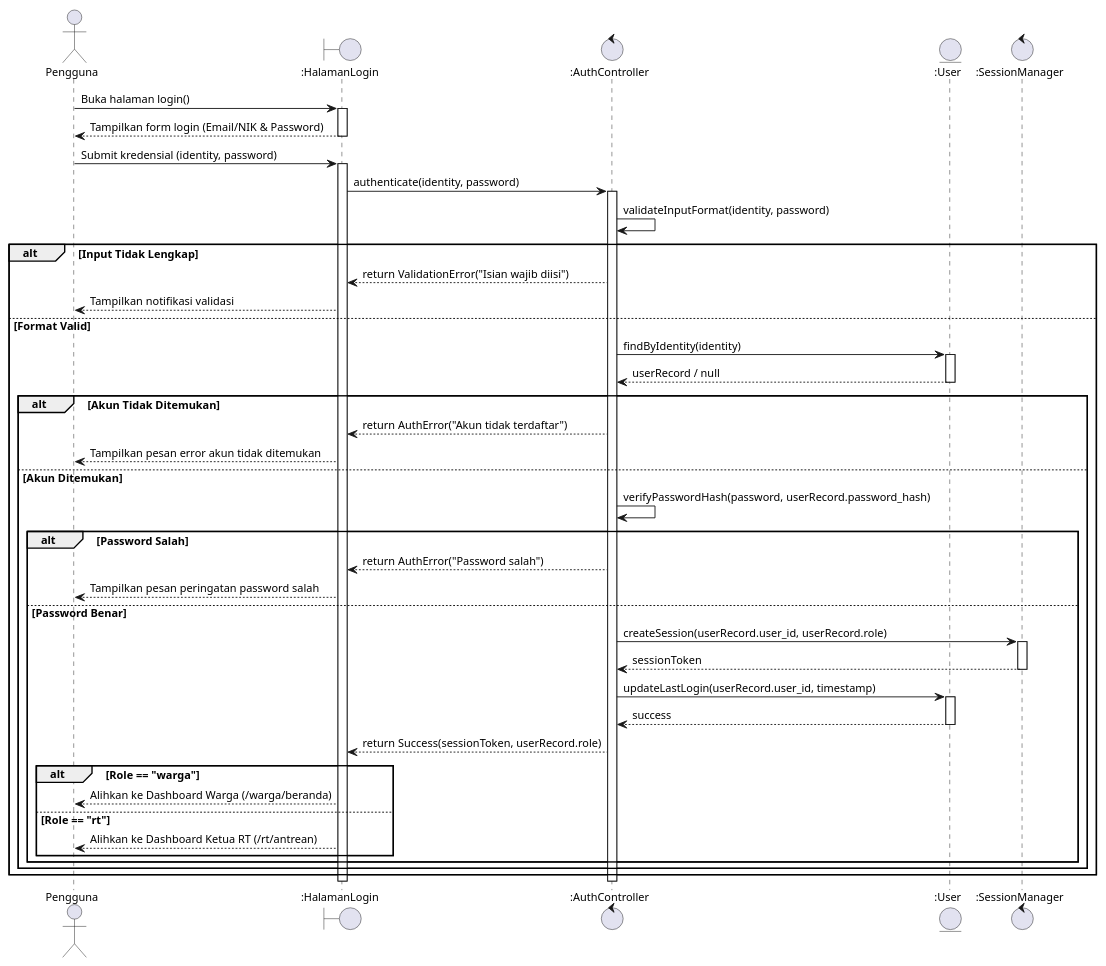
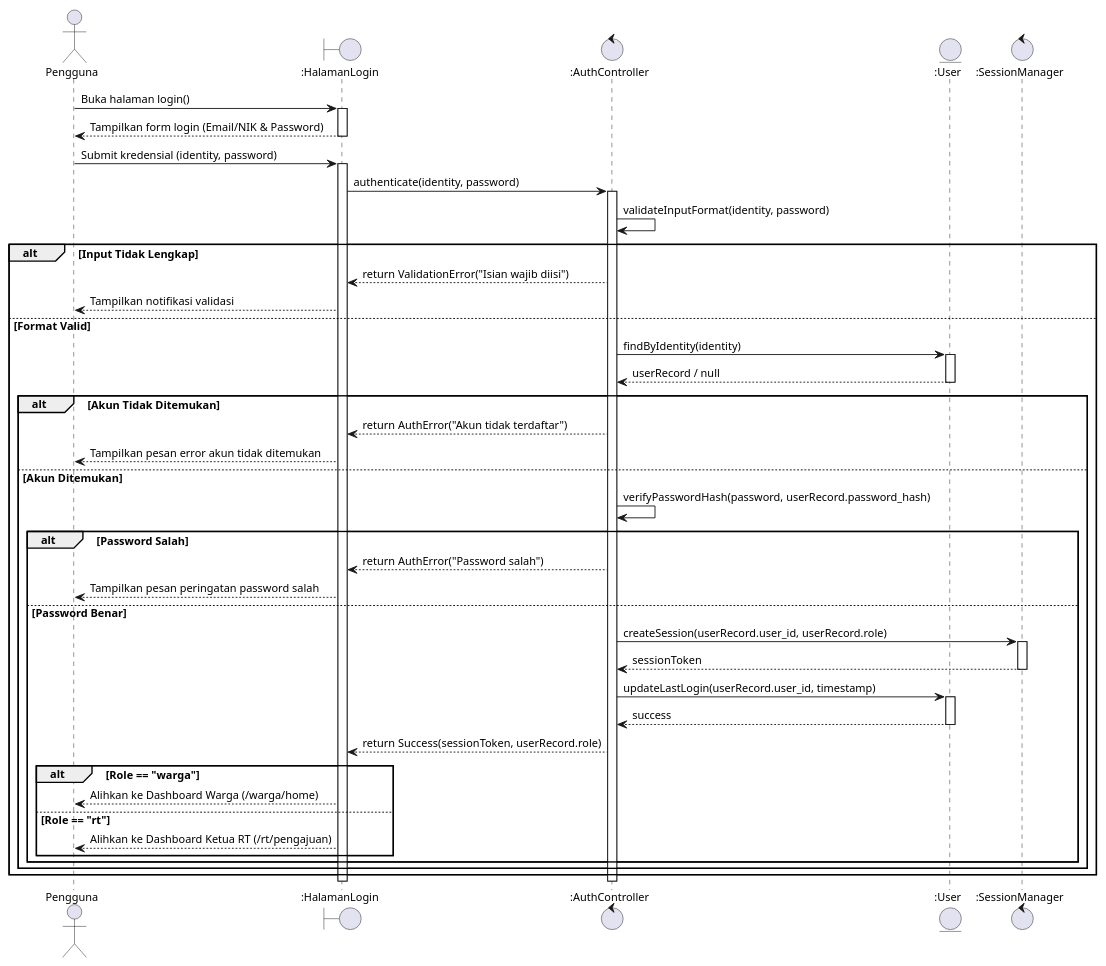
One commit to Dhafin-dev/RTConnect changed the second of 7 diagrams in docs/UML_PLANTUML_REVISED.puml. Above: the diagram before and after it, drawn with PlantUML. The commit also changed other lines of this file and 50 other files, not shown here.

Commit message:
feat: add github binding in ai-rules, create obsidian vault, and render high-res UML diagrams

```diff
--- a/docs/UML_PLANTUML_REVISED.puml
+++ b/docs/UML_PLANTUML_REVISED.puml
@@ -88,63 +88,63 @@
 @startuml RTConnect_Sequence_Login
 skinparam defaultFontName "Segoe UI"
 skinparam defaultFontSize 12
 skinparam shadowing false
 
 actor "Pengguna" as User
 boundary ":HalamanLogin" as UI
 control ":AuthController" as Ctrl
 entity ":User" as EntUser
 control ":SessionManager" as Session
 
 User -> UI : Buka halaman login()
 activate UI
 UI --> User : Tampilkan form login (Email/NIK & Password)
 deactivate UI
 
 User -> UI : Submit kredensial (identity, password)
 activate UI
 UI -> Ctrl : authenticate(identity, password)
 activate Ctrl
 
 Ctrl -> Ctrl : validateInputFormat(identity, password)
 alt Input Tidak Lengkap
     Ctrl --> UI : return ValidationError("Isian wajib diisi")
     UI --> User : Tampilkan notifikasi validasi
 else Format Valid
     Ctrl -> EntUser : findByIdentity(identity)
     activate EntUser
     EntUser --> Ctrl : userRecord / null
     deactivate EntUser
 
     alt Akun Tidak Ditemukan
         Ctrl --> UI : return AuthError("Akun tidak terdaftar")
         UI --> User : Tampilkan pesan error akun tidak ditemukan
     else Akun Ditemukan
         Ctrl -> Ctrl : verifyPasswordHash(password, userRecord.password_hash)
         alt Password Salah
             Ctrl --> UI : return AuthError("Password salah")
             UI --> User : Tampilkan pesan peringatan password salah
         else Password Benar
             Ctrl -> Session : createSession(userRecord.user_id, userRecord.role)
             activate Session
             Session --> Ctrl : sessionToken
             deactivate Session
 
             Ctrl -> EntUser : updateLastLogin(userRecord.user_id, timestamp)
             activate EntUser
             EntUser --> Ctrl : success
             deactivate EntUser
 
             Ctrl --> UI : return Success(sessionToken, userRecord.role)
             alt Role == "warga"
-                UI --> User : Alihkan ke Dashboard Warga (/warga/beranda)
+                UI --> User : Alihkan ke Dashboard Warga (/warga/home)
             else Role == "rt"
-                UI --> User : Alihkan ke Dashboard Ketua RT (/rt/antrean)
+                UI --> User : Alihkan ke Dashboard Ketua RT (/rt/pengajuan)
             end
         end
     end
 end
 deactivate Ctrl
 deactivate UI
 
 @enduml
```
